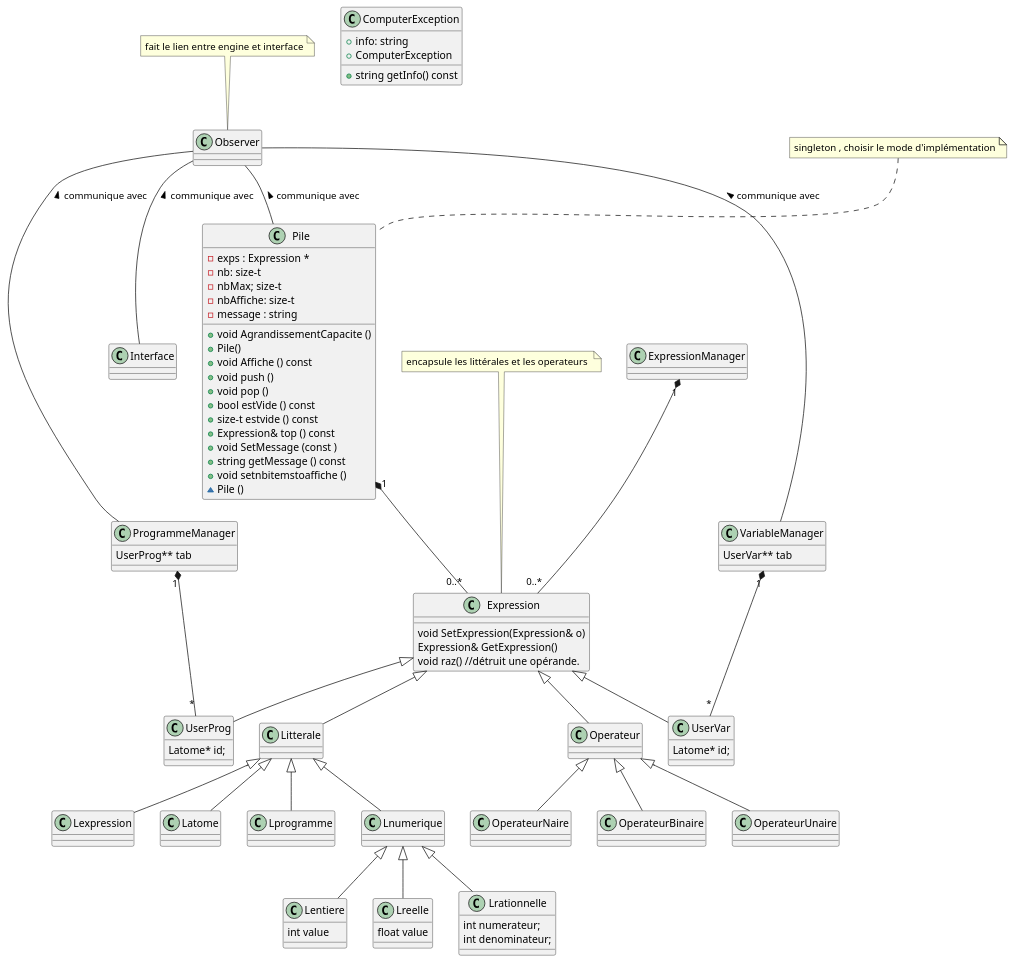
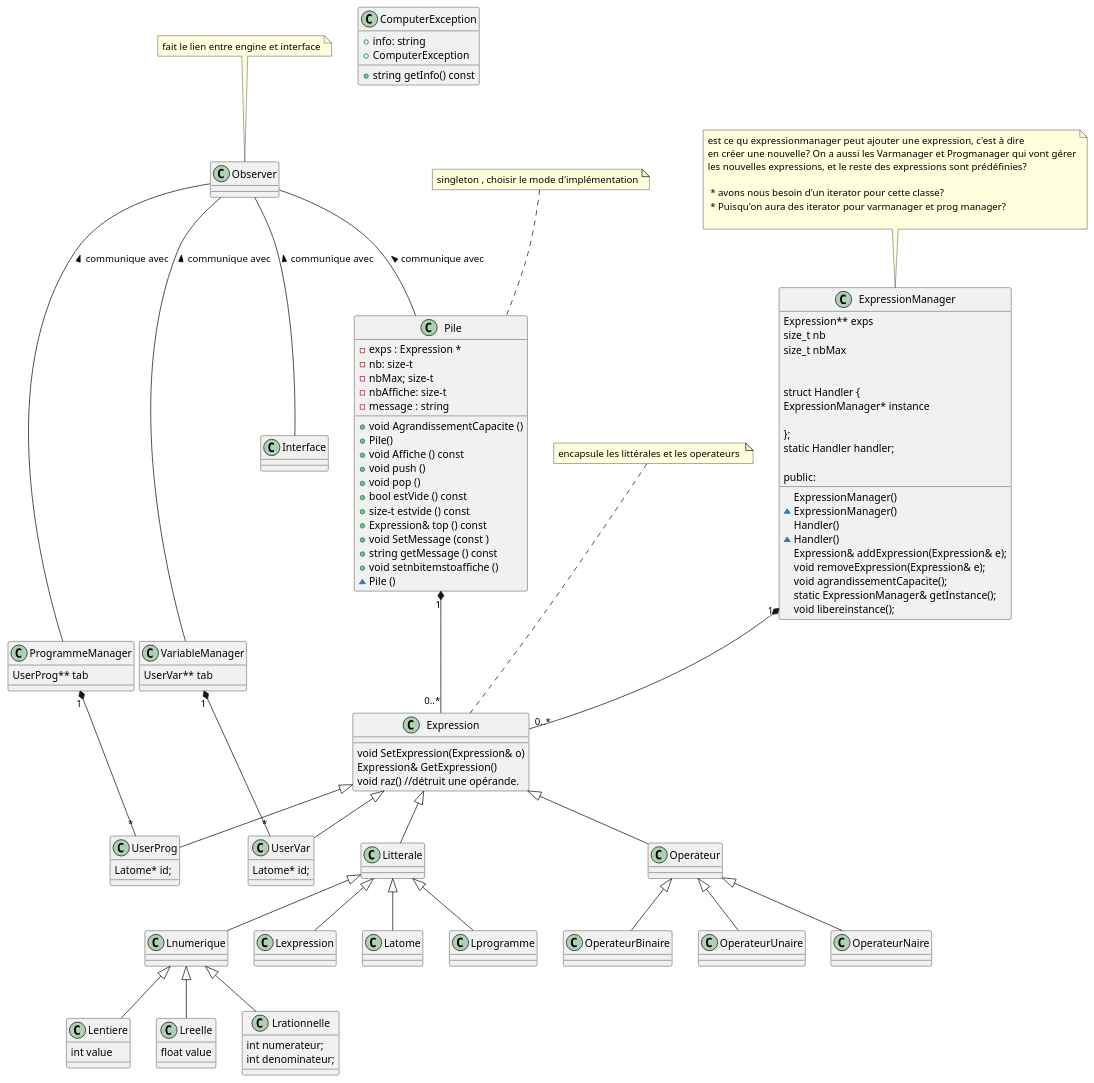
One commit to StephaneBranly/LO21-RPN-Calculator changed the diagram in etudes_de_projet/UML.PLANTUML. Above: the diagram before and after it, drawn with PlantUML.

Commit message:
Update UML.PLANTUML
* MAJ ExpressionManager
* Questions de conception

```diff
--- a/etudes_de_projet/UML.PLANTUML
+++ b/etudes_de_projet/UML.PLANTUML
@@ -1,146 +1,176 @@
 @startuml
 class Pile {
   -exps : Expression *
   -nb: size-t
   -nbMax; size-t
   -nbAffiche: size-t
   -message : string 
   +void AgrandissementCapacite ()
   +Pile() 
   +void Affiche () const
   +void push ()
   +void pop ()
   +bool estVide () const
   +size-t estvide () const
   +Expression& top () const 
   +void SetMessage (const )
   +string getMessage () const 
   +void setnbitemstoaffiche ()
   ~Pile ()
 }
 note top 
 singleton , choisir le mode d'implémentation
 end note
 
 class ExpressionManager {
+    Expression** exps
+    size_t nb
+    size_t nbMax
+
+    ExpressionManager()
+    ~ExpressionManager()
+    
+    struct Handler {
+        ExpressionManager* instance
+        Handler()
+        ~Handler()
+
+    };
+    static Handler handler;
+
+public:
+    Expression& addExpression(Expression& e);
+    void removeExpression(Expression& e);
+    void agrandissementCapacite();
+    static ExpressionManager& getInstance();
+    void libereinstance();
 }
+note top 
+est ce qu expressionmanager peut ajouter une expression, c'est à dire
+en créer une nouvelle? On a aussi les Varmanager et Progmanager qui vont gérer
+les nouvelles expressions, et le reste des expressions sont prédéfinies?
+
+ * avons nous besoin d'un iterator pour cette classe?
+ * Puisqu'on aura des iterator pour varmanager et prog manager?
+
+end note
 
 
 
 
 class Interface {
 }
 
 class Observer {
   
 }
 note top 
 fait le lien entre engine et interface
 end note
 Observer -- Pile : < communique avec
 Observer -- VariableManager : < communique avec
 Observer -- ProgrammeManager : < communique avec
 Observer -- Interface : < communique avec
 
 
 
 
 
 
 class Expression{
 void SetExpression(Expression& o)
 Expression& GetExpression()
 void raz() //détruit une opérande.
 }
 note top 
 encapsule les littérales et les operateurs 
 end note 
 Expression <|-- Litterale
 Expression <|-- Operateur
 Expression <|-- UserVar
 Expression <|-- UserProg
 
 
 
 
 
 
 class Operateur {
 }
 class OperateurBinaire {
 }
 class OperateurUnaire {
 }
 class OperateurNaire {
 }
 Operateur <|-- OperateurBinaire 
 Operateur <|-- OperateurUnaire 
 Operateur <|-- OperateurNaire
 
 
 
 
 class ComputerException {
   +info: string
   +ComputerException
   +string getInfo() const
 }
 
 
 
 
 
 class Litterale{
 }
 
 class Lprogramme{}
 class Lnumerique{}
 
 class Lentiere {
 int value
 }
 
 class Lreelle{
 float value
 }
 class Lrationnelle{
 int numerateur; 
 int denominateur; 
 }
 class Lexpression{}
 class Latome {}
 
 
 
 
 
 class UserVar{
 Latome* id; 
 }
 class UserProg{
 Latome* id; 
 }
 class VariableManager { 
 UserVar** tab
 }
 class ProgrammeManager { 
 UserProg** tab
 } 
 VariableManager "1" *-- "*"UserVar
 ProgrammeManager "1" *-- "*"UserProg
 
 
 
 
 
 
 ExpressionManager "1" *-- "0..*" Expression
 Pile "1" *-- "0..*" Expression
 Litterale <|--  Lprogramme
 Litterale <|--  Lnumerique
 Litterale <|--  Lexpression
 Litterale <|-- Latome
 Lnumerique <|--  Lentiere
 Lnumerique <|--  Lreelle
 Lnumerique <|--  Lrationnelle
 @enduml
```
